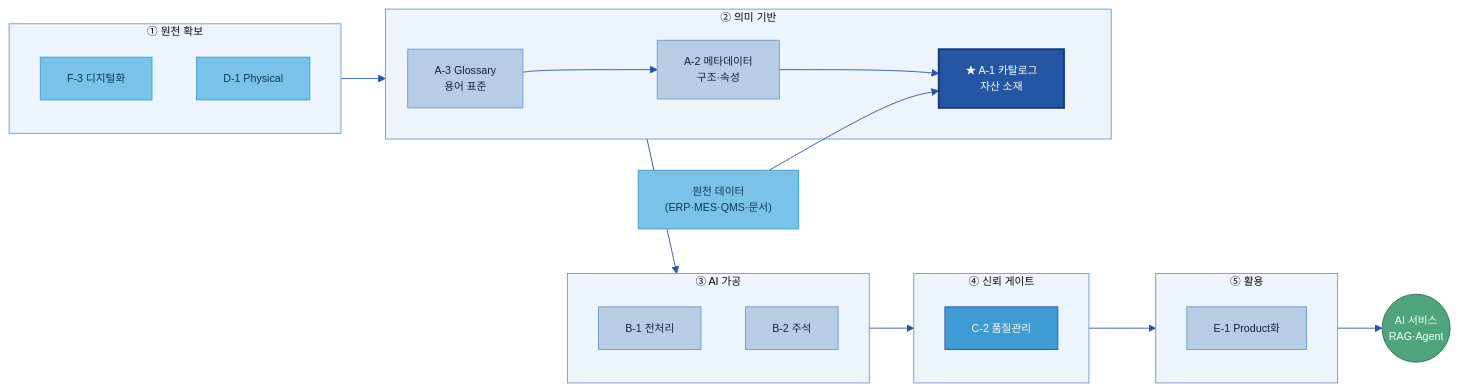
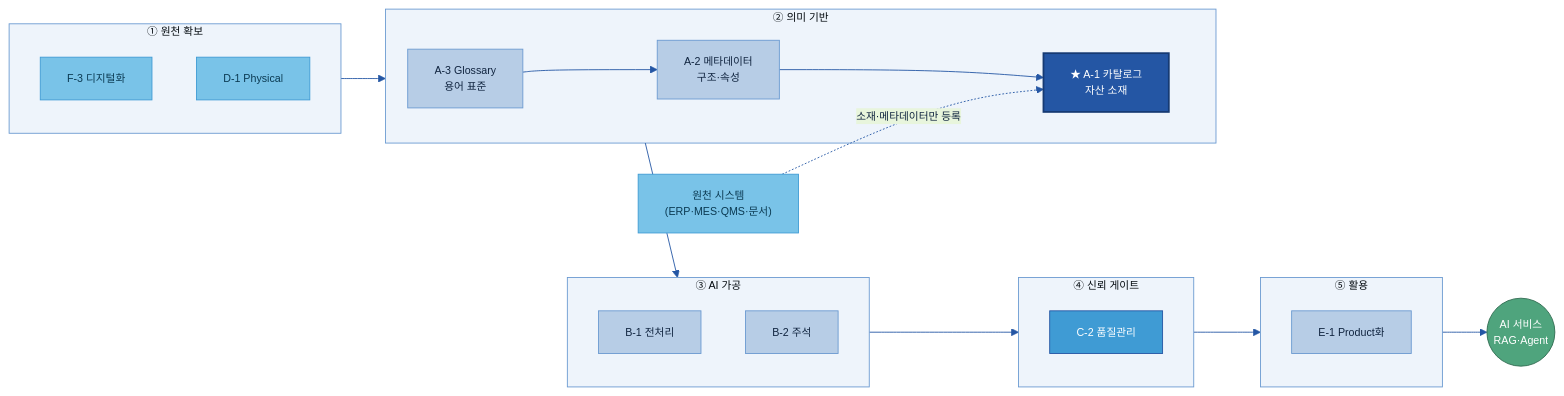
The first of 13 diagrams in 가이드 작성/A-1 데이터 카탈로그/A-1 데이터 카탈로그.md (jin-kearney/ai-ready-data-manual), drawn with Mermaid before and after one commit. The commit also changed other lines of this file and 1 other file, not shown here.

````diff
--- a/가이드 작성/A-1 데이터 카탈로그/A-1 데이터 카탈로그.md
+++ b/가이드 작성/A-1 데이터 카탈로그/A-1 데이터 카탈로그.md
@@ -80,33 +84,33 @@
 ```mermaid
 %%{init: {'theme':'base','themeVariables':{'primaryColor':'#DCE8F5','primaryBorderColor':'#2456A4','primaryTextColor':'#10243f','lineColor':'#2456A4','clusterBkg':'#EEF4FB','clusterBorder':'#6B9AD1','fontSize':'12px'}}}%%
 flowchart LR
     subgraph S0["① 원천 확보"]
         F3["F-3 디지털화"]:::src
         D1["D-1 Physical"]:::src
     end
     subgraph S1["② 의미 기반"]
         A3["A-3 Glossary<br/>용어 표준"]:::n
         A2["A-2 메타데이터<br/>구조·속성"]:::n
         A1["★ A-1 카탈로그<br/>자산 소재"]:::cat
         A3 --> A2 --> A1
     end
     subgraph S2["③ AI 가공"]
         B1["B-1 전처리"]:::n
         B2["B-2 주석"]:::n
     end
     subgraph S3["④ 신뢰 게이트"]
         C2["C-2 품질관리"]:::gate
     end
     subgraph S4["⑤ 활용"]
         E1["E-1 Product화"]:::n
     end
     AI(("AI 서비스<br/>RAG·Agent")):::loop
-    SRC["원천 데이터<br/>(ERP·MES·QMS·문서)"]:::src
-    SRC --> A1
+    SRC["원천 시스템<br/>(ERP·MES·QMS·문서)"]:::src
+    SRC -.소재·메타데이터만 등록.-> A1
     S0 --> S1 --> S2 --> S3 --> S4 --> AI
     classDef n fill:#B7CDE6,stroke:#6B9AD1,color:#10243f;
     classDef src fill:#79C3E8,stroke:#3F9BD4,color:#0b3a52;
     classDef cat fill:#2456A4,color:#fff,stroke:#163a73,stroke-width:2px;
     classDef gate fill:#3F9BD4,stroke:#2456A4,color:#fff;
     classDef loop fill:#4FA47D,stroke:#2f6b50,color:#fff;
 ```
````
